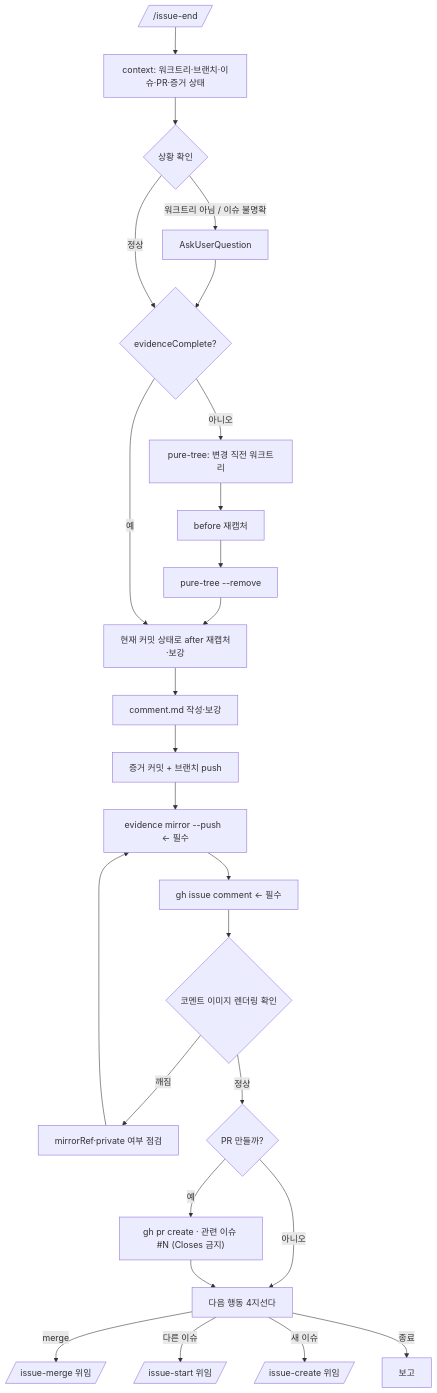
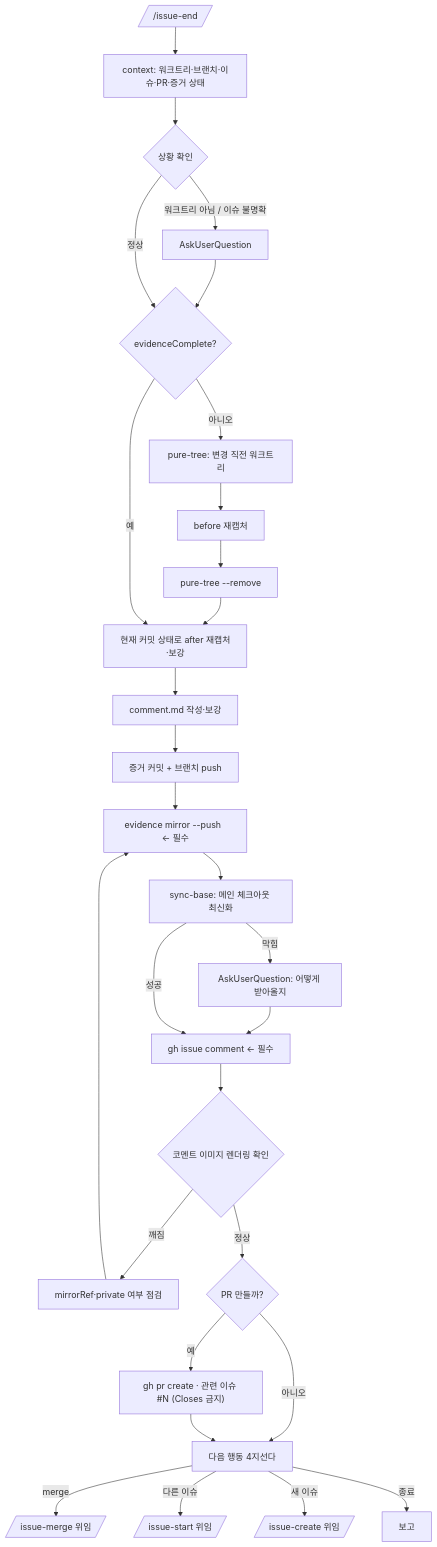
The diagram in .claude/skills/issue-end/SKILL.md (Mineru98/skills-store), drawn with Mermaid before and after one commit. The commit also changed other lines of this file and 47 other files, not shown here.

````diff
--- a/.claude/skills/issue-end/SKILL.md
+++ b/.claude/skills/issue-end/SKILL.md
@@ -67,26 +73,28 @@
 ```mermaid
 flowchart TD
     A[/"/issue-end"/] --> B[context: 워크트리·브랜치·이슈·PR·증거 상태]
     B --> C{상황 확인}
     C -- 워크트리 아님 / 이슈 불명확 --> C1[AskUserQuestion] --> D
     C -- 정상 --> D{evidenceComplete?}
 
     D -- 아니오 --> E1[pure-tree: 변경 직전 워크트리]
     E1 --> E2[before 재캡처] --> E3[pure-tree --remove] --> F
     D -- 예 --> F[현재 커밋 상태로 after 재캡처·보강]
 
     F --> G[comment.md 작성·보강]
     G --> H[증거 커밋 + 브랜치 push]
     H --> I["evidence mirror --push  ← 필수"]
-    I --> J["gh issue comment  ← 필수"]
+    I --> I1[sync-base: 메인 체크아웃 최신화]
+    I1 -- 막힘 --> I2[AskUserQuestion: 어떻게 받아올지] --> J
+    I1 -- 성공 --> J["gh issue comment  ← 필수"]
     J --> K{코멘트 이미지 렌더링 확인}
     K -- 깨짐 --> K1[mirrorRef·private 여부 점검] --> I
     K -- 정상 --> L{PR 만들까?}
     L -- 예 --> M["gh pr create · 관련 이슈 #N (Closes 금지)"]
     L -- 아니오 --> N
     M --> N[다음 행동 4지선다]
     N -->|merge| O[/issue-merge 위임/]
     N -->|다른 이슈| P[/issue-start 위임/]
     N -->|새 이슈| Q[/issue-create 위임/]
     N -->|종료| R[보고]
 ```
````
